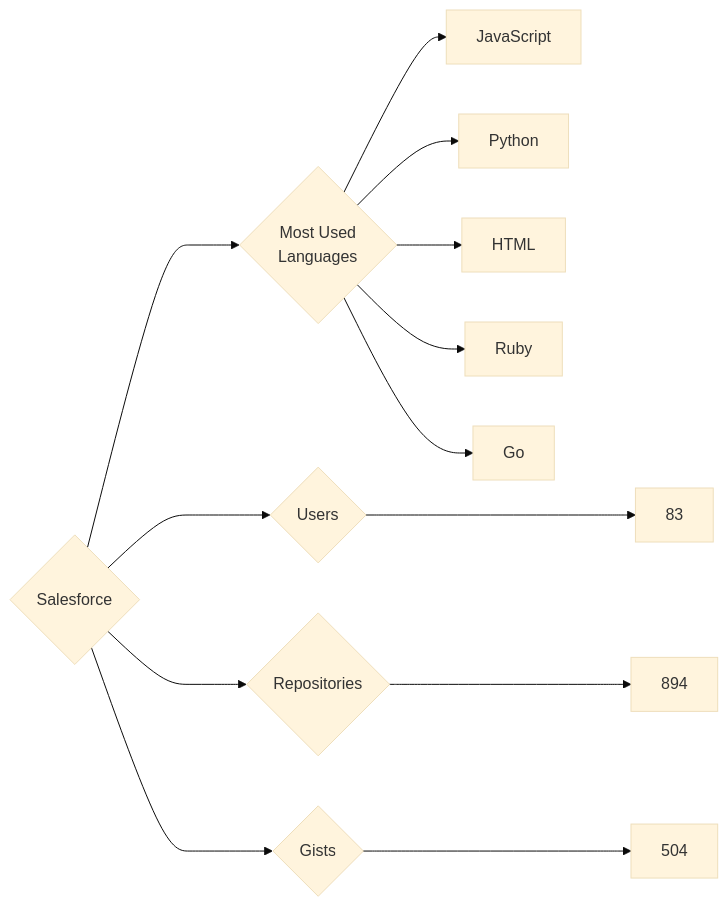
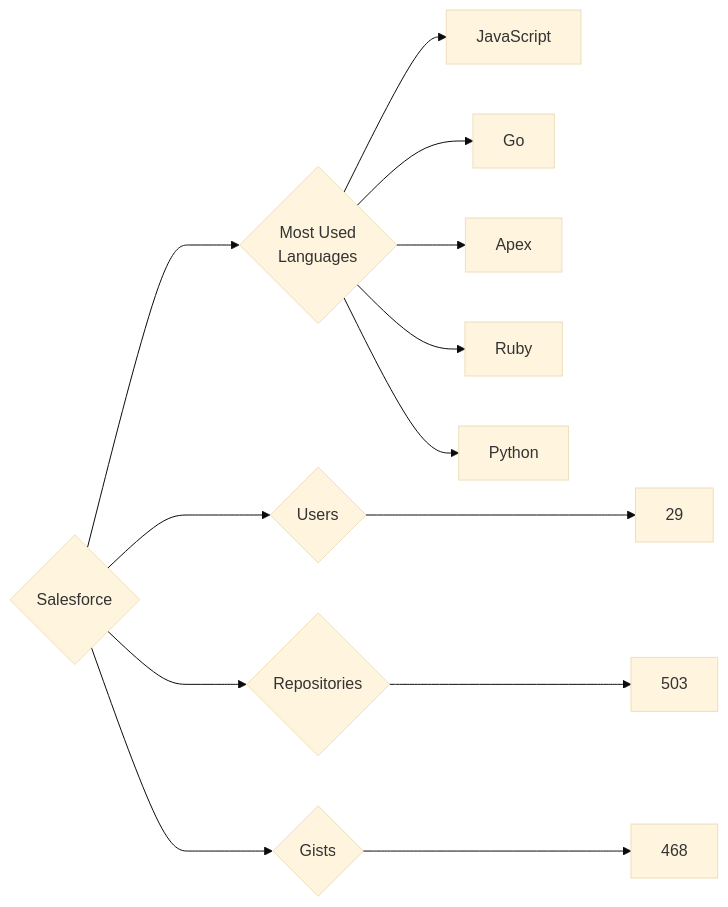
One commit to trickest/insiders changed the diagram in targets/Salesforce/README.md. Above: the diagram before and after it, drawn with Mermaid (base theme). The commit also changed 794 other files, not shown here.

````diff
--- a/targets/Salesforce/README.md
+++ b/targets/Salesforce/README.md
@@ -3,13 +3,13 @@
 ```mermaid
 graph LR
 COMPANY_NAME{Salesforce}
-COMPANY_NAME ---> U{Users} ---> UN[83]
-COMPANY_NAME ---> R{Repositories} ---> RN[894]
-COMPANY_NAME ---> G{Gists} ---> GN[504]
+COMPANY_NAME ---> U{Users} ---> UN[29]
+COMPANY_NAME ---> R{Repositories} ---> RN[503]
+COMPANY_NAME ---> G{Gists} ---> GN[468]
 COMPANY_NAME ---> ML{Most Used<br>Languages}
 ML --> JavaScript[JavaScript]
+ML --> Go[Go]
+ML --> Apex[Apex]
+ML --> Ruby[Ruby]
 ML --> Python[Python]
-ML --> HTML[HTML]
-ML --> Ruby[Ruby]
-ML --> Go[Go]
 ```
````
